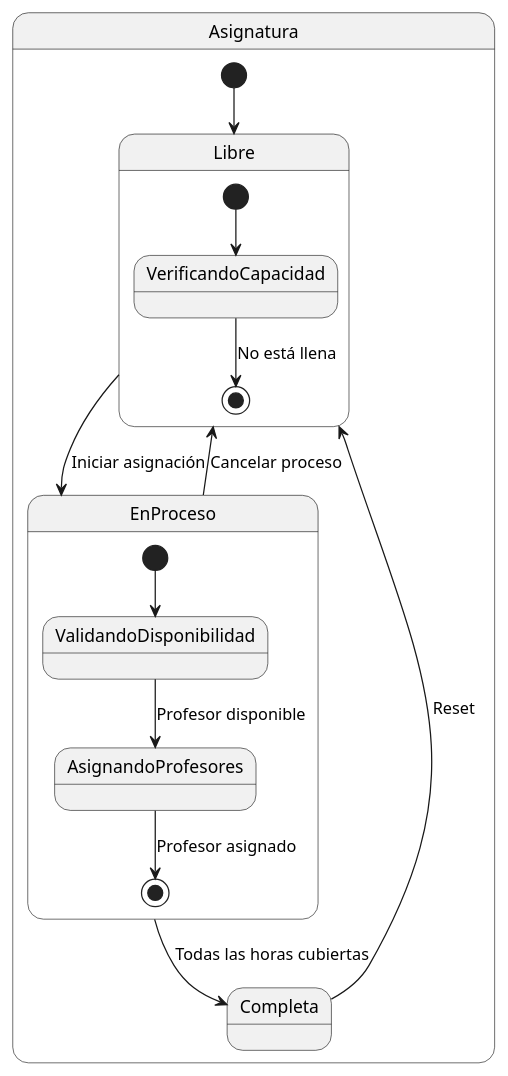
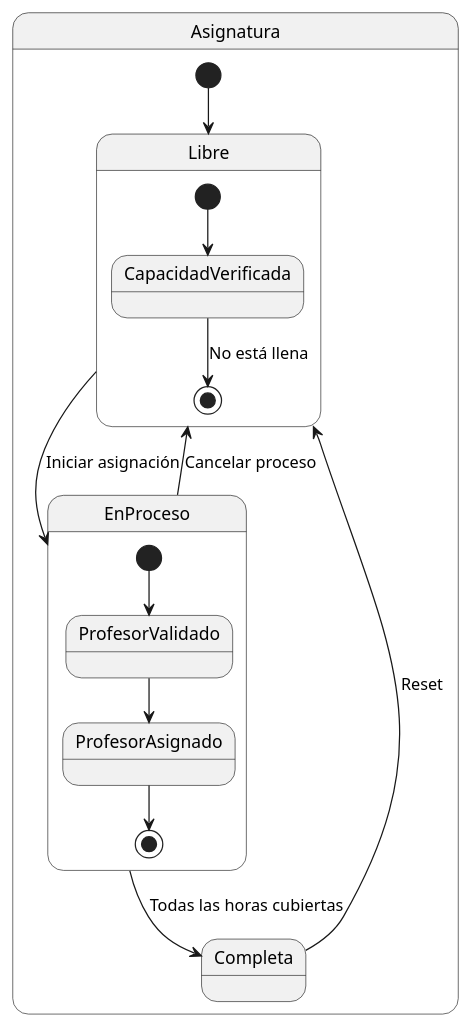
Before and after one commit to mmasias/24-25-IdSw1-SDR: the diagram in modelosUML/MdD/DiagramaEstadosAsignatura.puml, drawn with PlantUML. The commit also changed 3 other files, not shown here.

Commit message:
Actualizar diagramas de estados de Profesor y Asignatura con nuevos nombres de estados

```diff
--- a/modelosUML/MdD/DiagramaEstadosAsignatura.puml
+++ b/modelosUML/MdD/DiagramaEstadosAsignatura.puml
@@ -1,21 +1,21 @@
 @startuml
 state Asignatura {
     [*] --> Libre
 
     state Libre {
-        [*] --> VerificandoCapacidad
-        VerificandoCapacidad --> [*]: No está llena
+        [*] --> CapacidadVerificada
+        CapacidadVerificada --> [*]: No está llena
     }
 
     state EnProceso {
-        [*] --> ValidandoDisponibilidad
-        ValidandoDisponibilidad --> AsignandoProfesores: Profesor disponible
-        AsignandoProfesores --> [*]: Profesor asignado
+        [*] --> ProfesorValidado
+        ProfesorValidado --> ProfesorAsignado
+        ProfesorAsignado --> [*]
     }
 
     Libre --> EnProceso: Iniciar asignación
     EnProceso --> Completa: Todas las horas cubiertas
     Completa --> Libre: Reset
     EnProceso --> Libre: Cancelar proceso
 }
 @enduml
```
